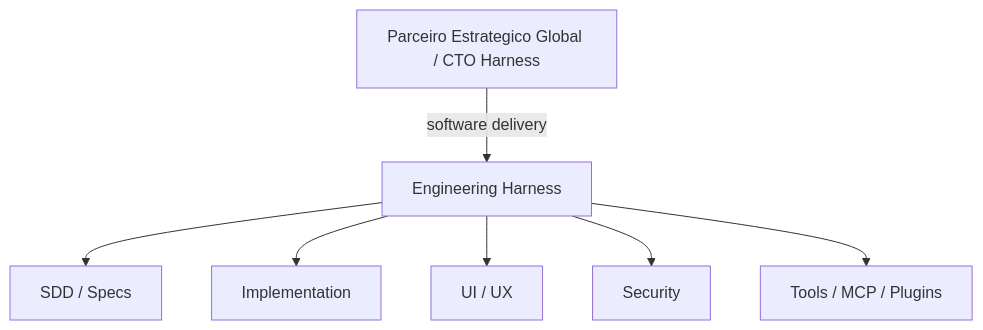
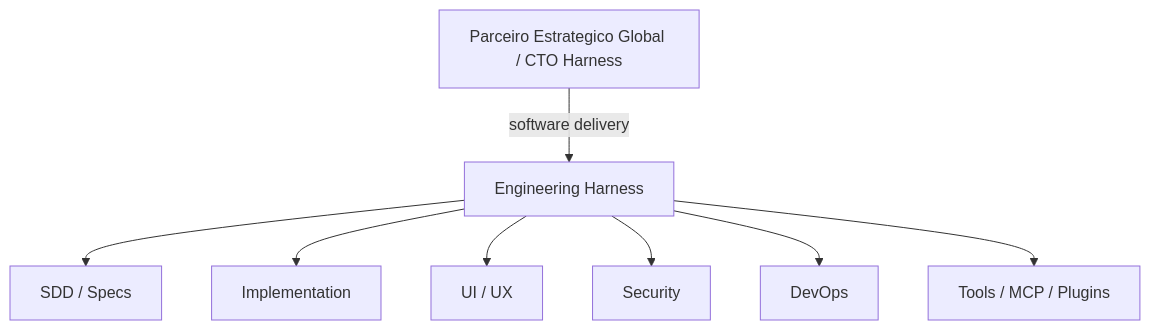
One commit to guilhermedemorais-dev/Dev-workflow changed the diagram in README.md. Above: the diagram before and after it, drawn with Mermaid. The commit also changed other lines of this file and 50 other files, not shown here.

````diff
--- a/README.md
+++ b/README.md
@@ -142,9 +160,10 @@
 ```mermaid
 flowchart TD
     A[Parceiro Estrategico Global / CTO Harness] -->|software delivery| B[Engineering Harness]
     B --> C[SDD / Specs]
     B --> D[Implementation]
     B --> E[UI / UX]
     B --> F[Security]
+    B --> H[DevOps]
     B --> G[Tools / MCP / Plugins]
 ```
````
